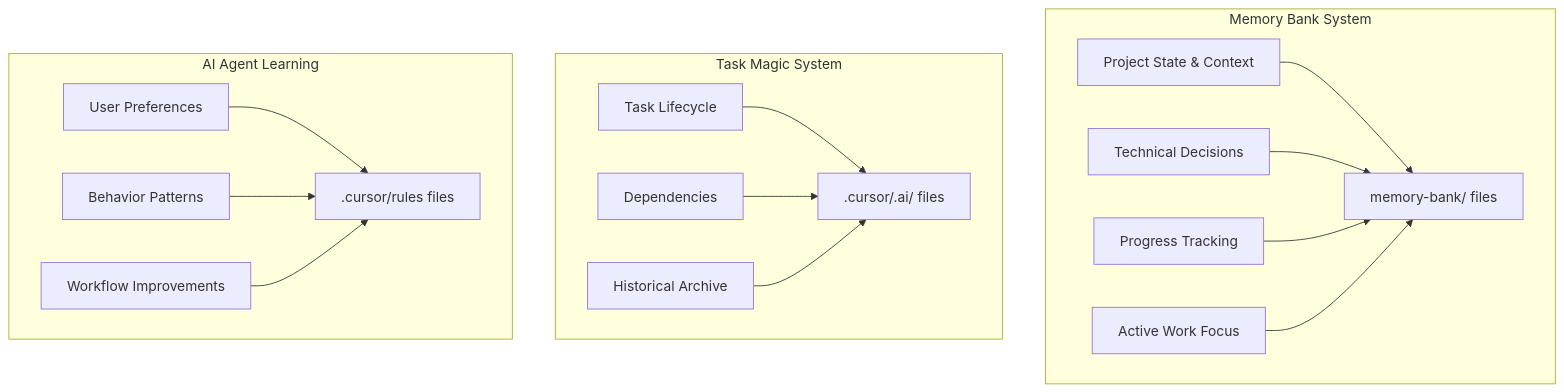
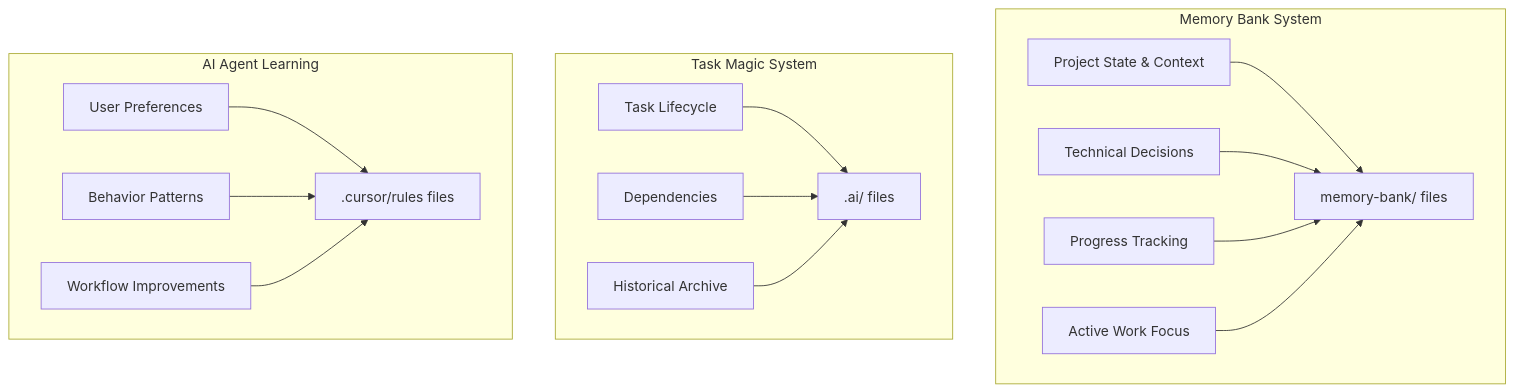
One commit to louisfghbvc/coverity-agent changed diagram 17 of 18 in .cursor/rules/unified-workflow.md. Above: the diagram before and after it, drawn with Mermaid. The commit also changed other lines of this file and 5 other files, not shown here.

````diff
--- a/.cursor/rules/unified-workflow.md
+++ b/.cursor/rules/unified-workflow.md
@@ -476,34 +476,34 @@
 ```mermaid
 graph TD
     subgraph "Memory Bank System"
         MB_P[Project State & Context]
         MB_T[Technical Decisions]
         MB_PR[Progress Tracking]
         MB_A[Active Work Focus]
         
         MB_P --> MB_Files[memory-bank/ files]
         MB_T --> MB_Files
         MB_PR --> MB_Files
         MB_A --> MB_Files
     end
     
     subgraph "Task Magic System"
         TM_L[Task Lifecycle]
         TM_D[Dependencies]
         TM_H[Historical Archive]
         
-        TM_L --> TM_Files[.cursor/.ai/ files]
+        TM_L --> TM_Files[.ai/ files]
         TM_D --> TM_Files
         TM_H --> TM_Files
     end
     
     subgraph "AI Agent Learning"
         AI_P[User Preferences]
         AI_B[Behavior Patterns]
         AI_W[Workflow Improvements]
         
         AI_P --> Rules_Files[.cursor/rules files]
         AI_B --> Rules_Files
         AI_W --> Rules_Files
     end
 ```
````
